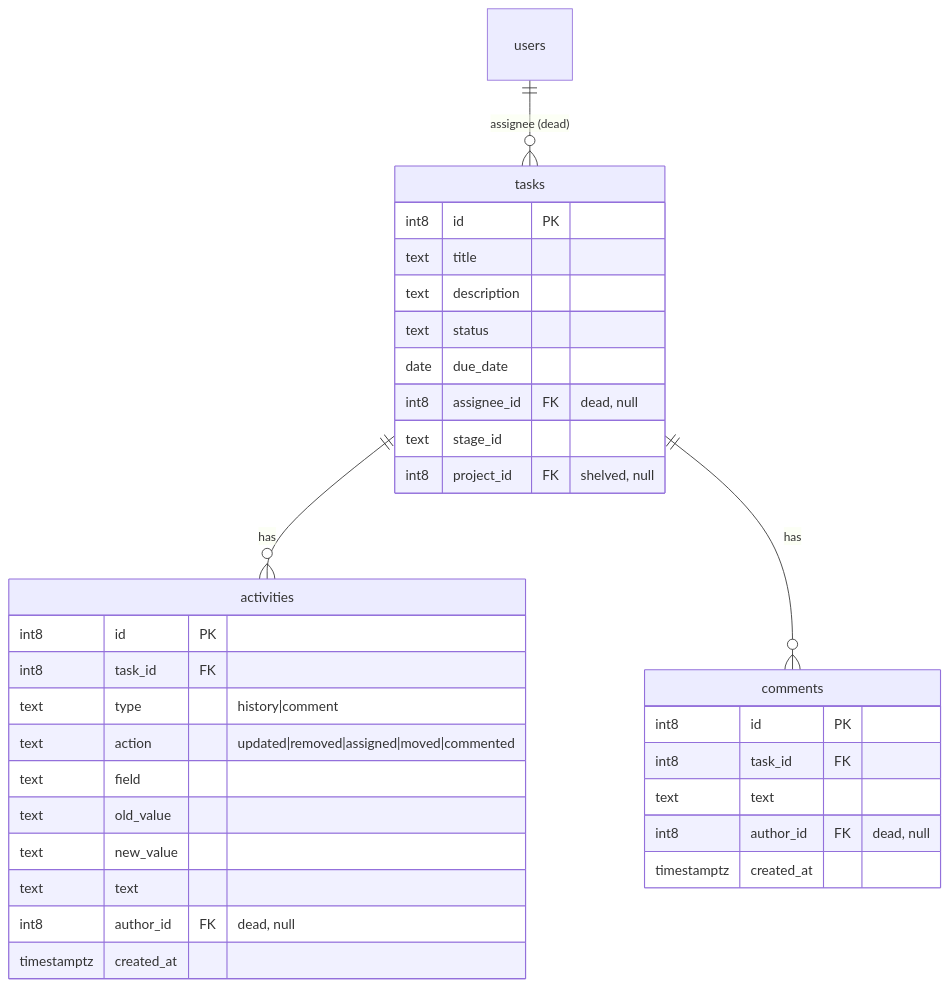
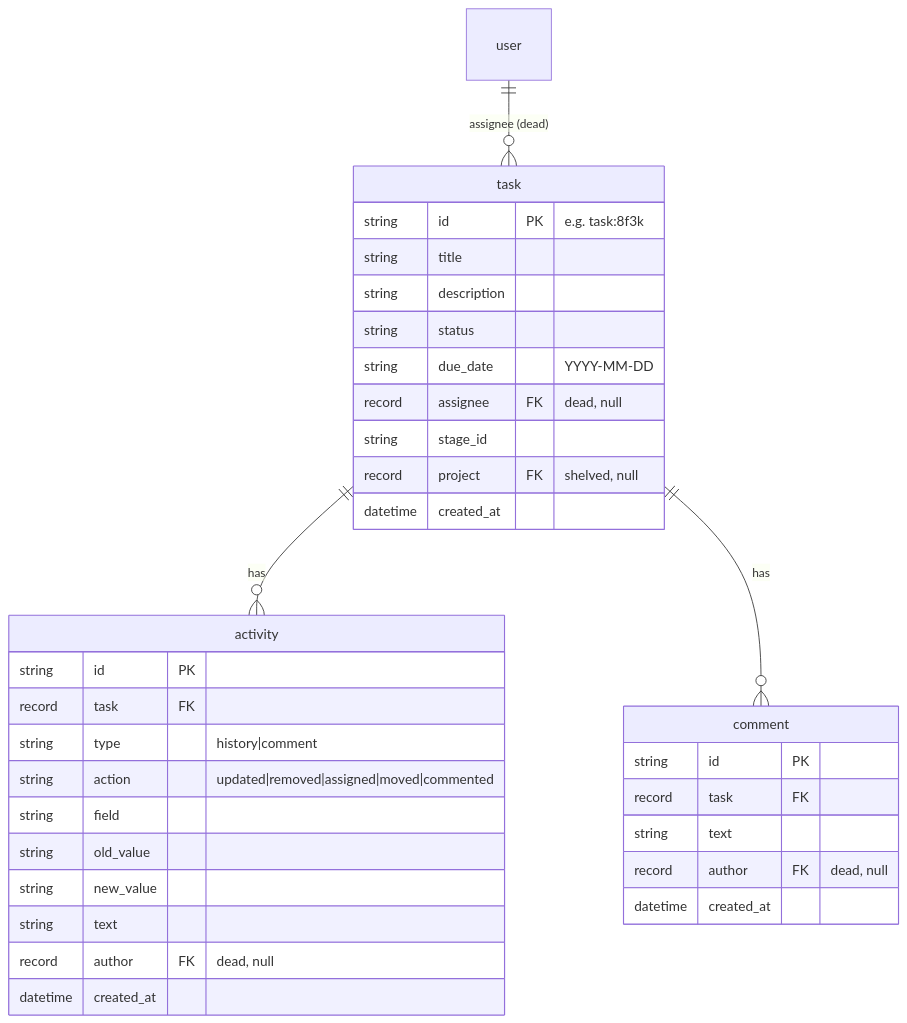
Before and after one commit to Coolmogo/task-mcp-cli-tool: the second of 2 diagrams in README.md, drawn with Mermaid. The commit also changed other lines of this file and 16 other files, not shown here.

````diff
--- a/README.md
+++ b/README.md
@@ -33,35 +37,36 @@
 ```mermaid
 erDiagram
-    users ||--o{ tasks : "assignee (dead)"
-    tasks ||--o{ activities : "has"
-    tasks ||--o{ comments : "has"
-    tasks {
-        int8 id PK
-        text title
-        text description
-        text status
-        date due_date
-        int8 assignee_id FK "dead, null"
-        text stage_id
-        int8 project_id FK "shelved, null"
+    user ||--o{ task : "assignee (dead)"
+    task ||--o{ activity : "has"
+    task ||--o{ comment : "has"
+    task {
+        string id PK "e.g. task:8f3k"
+        string title
+        string description
+        string status
+        string due_date "YYYY-MM-DD"
+        record assignee FK "dead, null"
+        string stage_id
+        record project FK "shelved, null"
+        datetime created_at
     }
-    activities {
-        int8 id PK
-        int8 task_id FK
-        text type "history|comment"
-        text action "updated|removed|assigned|moved|commented"
-        text field
-        text old_value
-        text new_value
-        text text
-        int8 author_id FK "dead, null"
-        timestamptz created_at
+    activity {
+        string id PK
+        record task FK
+        string type "history|comment"
+        string action "updated|removed|assigned|moved|commented"
+        string field
+        string old_value
+        string new_value
+        string text
+        record author FK "dead, null"
+        datetime created_at
     }
-    comments {
-        int8 id PK
-        int8 task_id FK
-        text text
-        int8 author_id FK "dead, null"
-        timestamptz created_at
+    comment {
+        string id PK
+        record task FK
+        string text
+        record author FK "dead, null"
+        datetime created_at
     }
 ```
````
